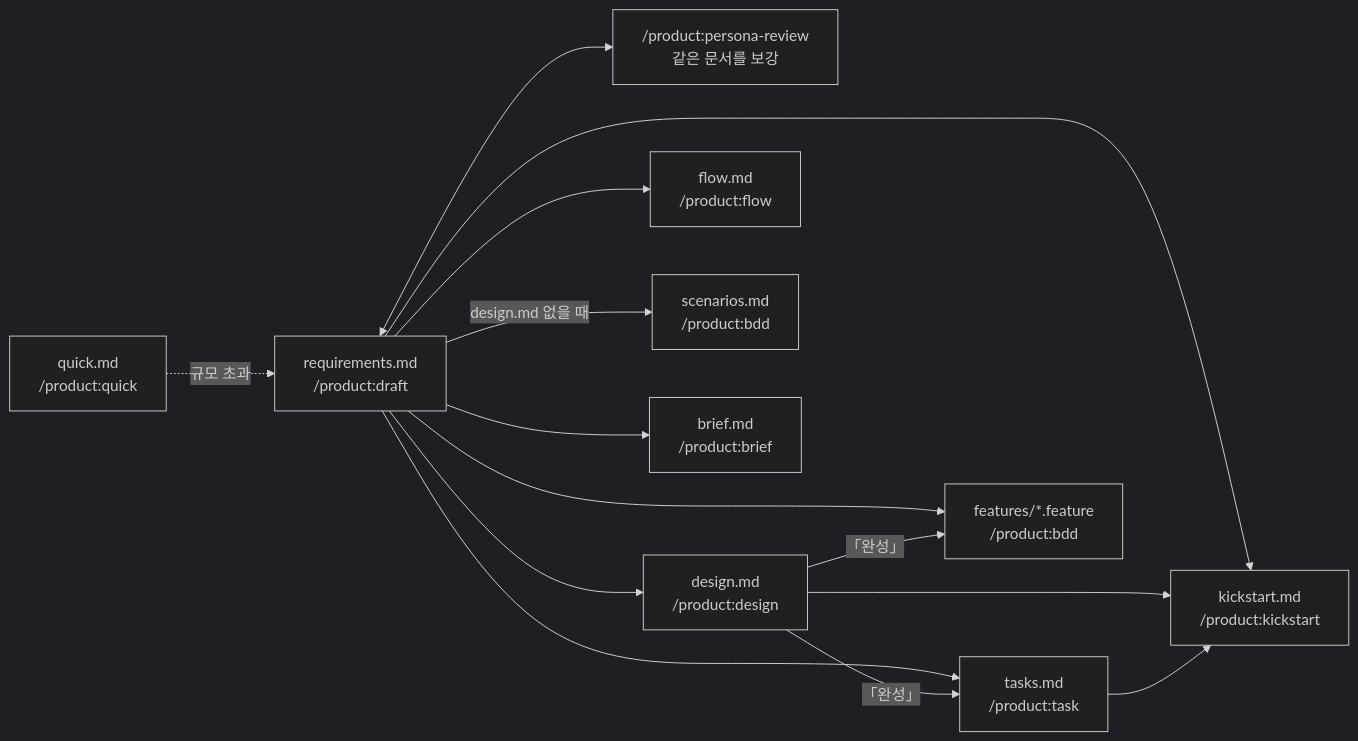
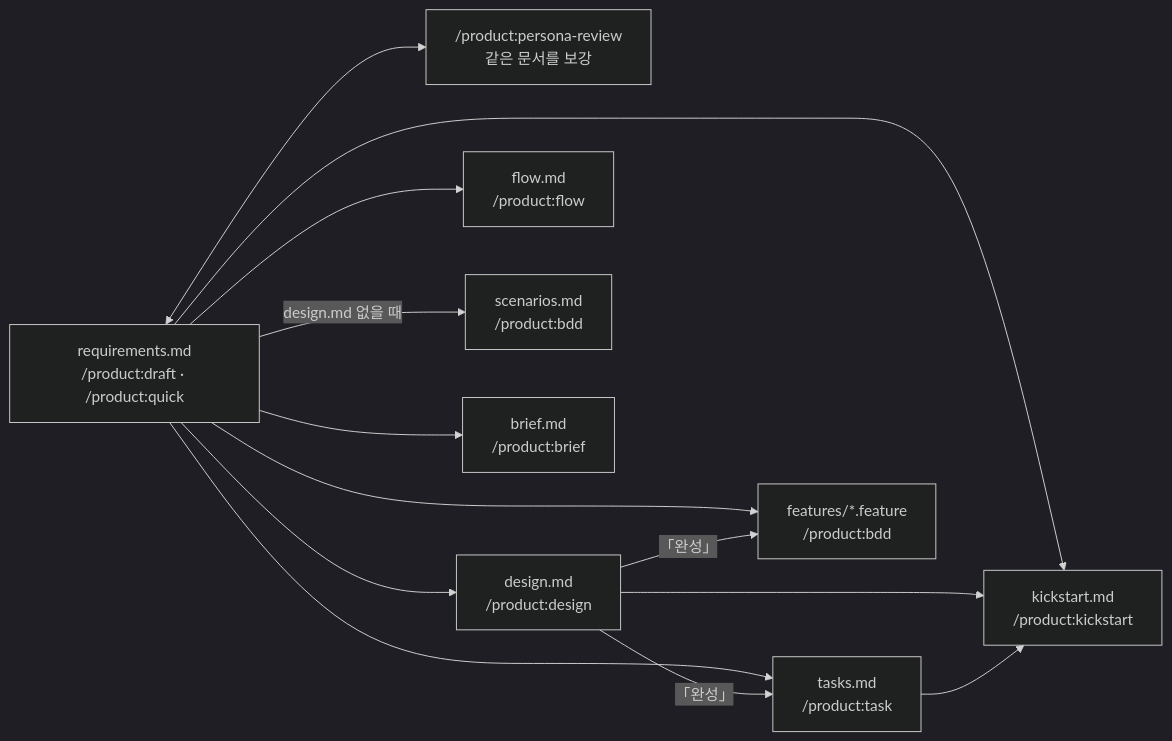
One commit to dorage/product-skills changed the diagram in plugins/product/OUTPUT.md. Above: the diagram before and after it, drawn with Mermaid (dark theme). The commit also changed other lines of this file and 13 other files, not shown here.

First line of the commit message:
feat(product):기능 폴더를 yymmdd_영어요약으로 quick도 requirements.md

````diff
--- a/plugins/product/OUTPUT.md
+++ b/plugins/product/OUTPUT.md
@@ -29,26 +28,24 @@
 ```mermaid
 flowchart LR
-    qck["quick.md<br/>/product:quick"]
-    req["requirements.md<br/>/product:draft"]
-    qck -. 규모 초과 .-> req
+    req["requirements.md<br/>/product:draft · /product:quick"]
     rev["/product:persona-review<br/>같은 문서를 보강"]
     des["design.md<br/>/product:design"]
     flw["flow.md<br/>/product:flow"]
     tsk["tasks.md<br/>/product:task"]
     fea["features/*.feature<br/>/product:bdd"]
     scn["scenarios.md<br/>/product:bdd"]
     brief["brief.md<br/>/product:brief"]
     req <--> rev
     req --> des
     req --> flw
     req --> tsk
     req --> fea
     req -- design.md 없을 때 --> scn
     req --> brief
     des -- 「완성」 --> tsk
     des -- 「완성」 --> fea
     kck["kickstart.md<br/>/product:kickstart"]
     req --> kck
     des --> kck
     tsk --> kck
 ```
````
